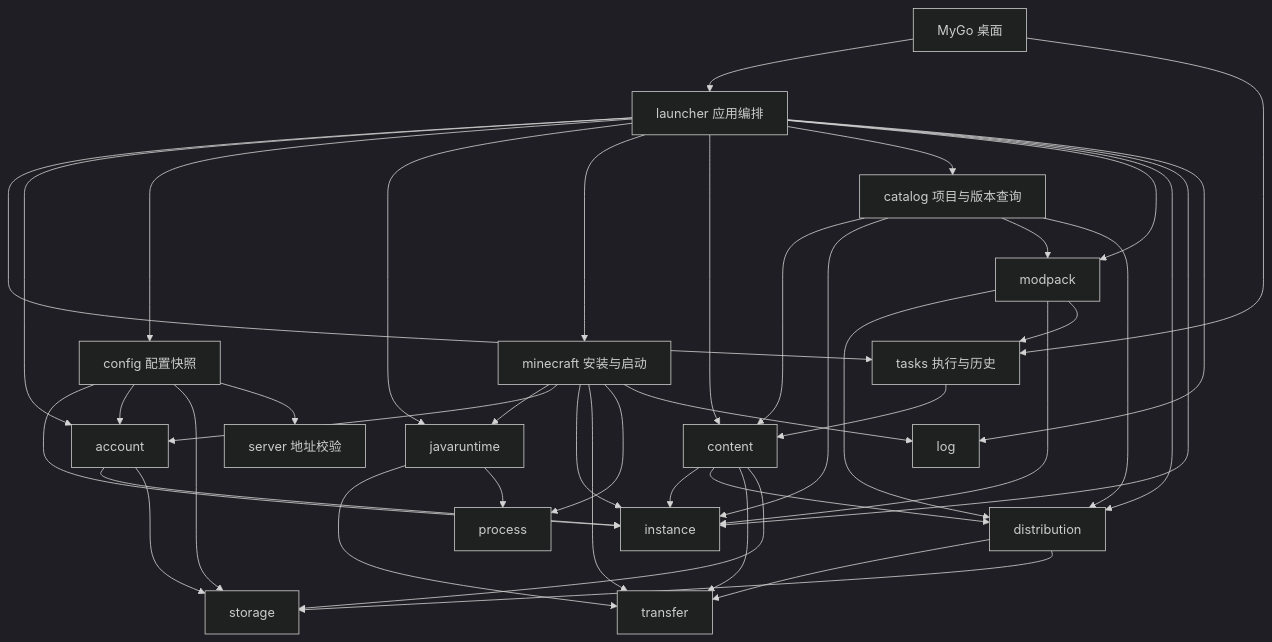
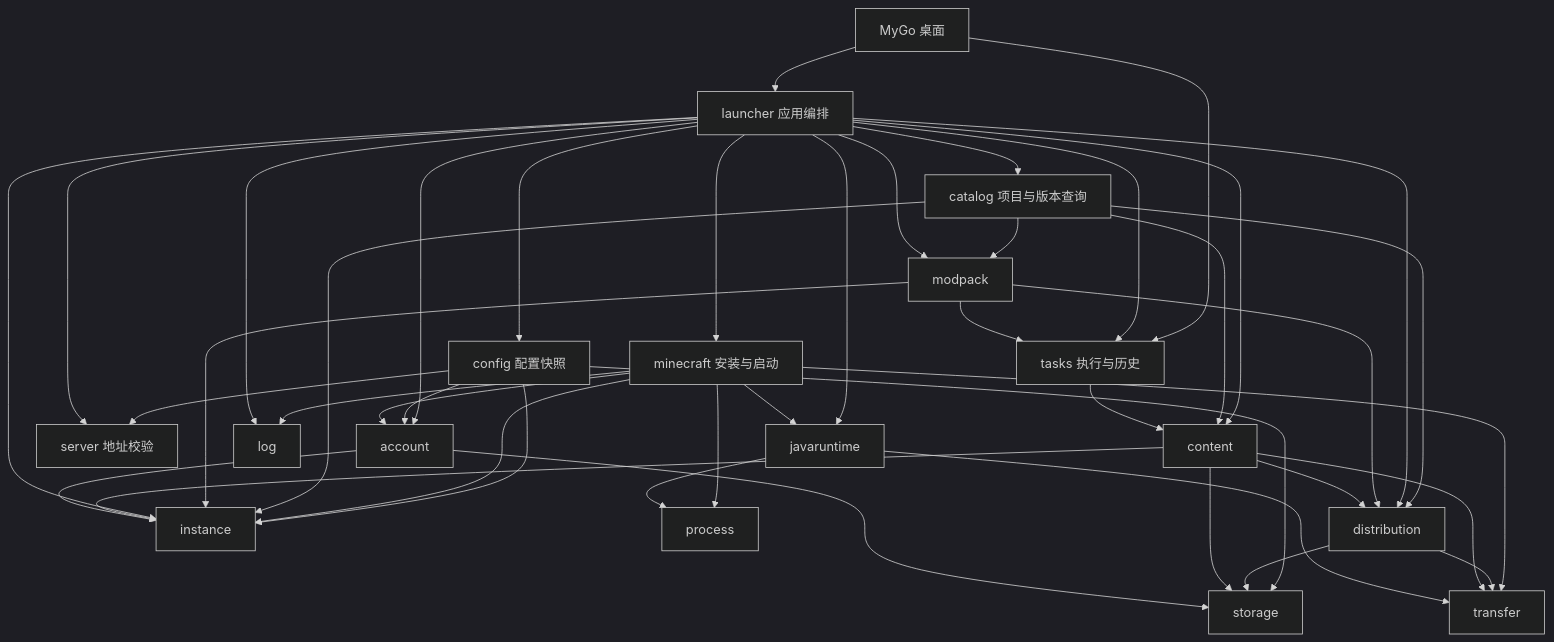
The diagram in docs/architecture.md (CAUCraft/LXMCL), drawn with Mermaid (dark theme) before and after one commit. The commit also changed other lines of this file and 5 other files, not shown here.

````diff
--- a/docs/architecture.md
+++ b/docs/architecture.md
@@ -30,44 +30,45 @@
 ```mermaid
 flowchart TD
     UI[MyGo 桌面] --> Launcher[launcher 应用编排]
     UI --> Tasks[tasks 执行与历史]
     Launcher --> Tasks
     Launcher --> Account[account]
     Launcher --> Config[config 配置快照]
     Config --> Instance
     Config --> Account
     Config --> Storage
     Config --> Server[server 地址校验]
     Launcher --> Java[javaruntime]
     Launcher --> Minecraft[minecraft 安装与启动]
     Minecraft --> Java
     Minecraft --> Account
     Minecraft --> Instance
     Minecraft --> Transfer
     Minecraft --> Process
     Minecraft --> Logs
     Launcher --> Content[content]
     Launcher --> Catalog[catalog 项目与版本查询]
     Catalog --> Content
     Catalog --> Instance
     Catalog --> Modpack
     Catalog --> Distribution
     Launcher --> Modpack[modpack]
     Launcher --> Distribution[distribution]
     Modpack --> Distribution
     Modpack --> Instance
     Modpack --> Tasks
     Distribution --> Transfer
     Distribution --> Storage
     Launcher --> Instance[instance]
+    Launcher --> Server
     Tasks --> Content
     Content --> Instance
     Content --> Distribution
     Content --> Transfer[transfer]
     Content --> Storage
     Java --> Transfer
     Java --> Process[process]
     Account --> Instance
     Account --> Storage[storage]
     Launcher --> Logs[log]
 ```
````
